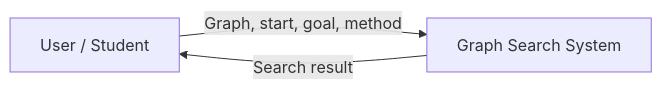
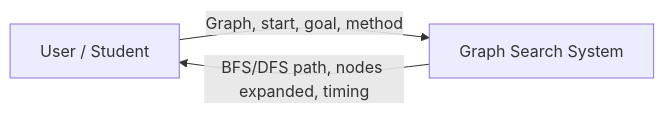
The first of 3 diagrams in README.md (rutujapatil2309-tech/IAI_SLE3), drawn with Mermaid before and after one commit. The commit also changed other lines of this file, not shown here.

Commit message:
Update SLE-3 C4 architecture: README.md

````diff
--- a/README.md
+++ b/README.md
@@ -16,5 +20,5 @@
-```mermaid
+~~~mermaid
 flowchart LR
     U[User / Student] -->|Graph, start, goal, method| S[Graph Search System]
-    S -->|Search result| U
-```
+    S -->|BFS/DFS path, nodes expanded, timing| U
+~~~
````
